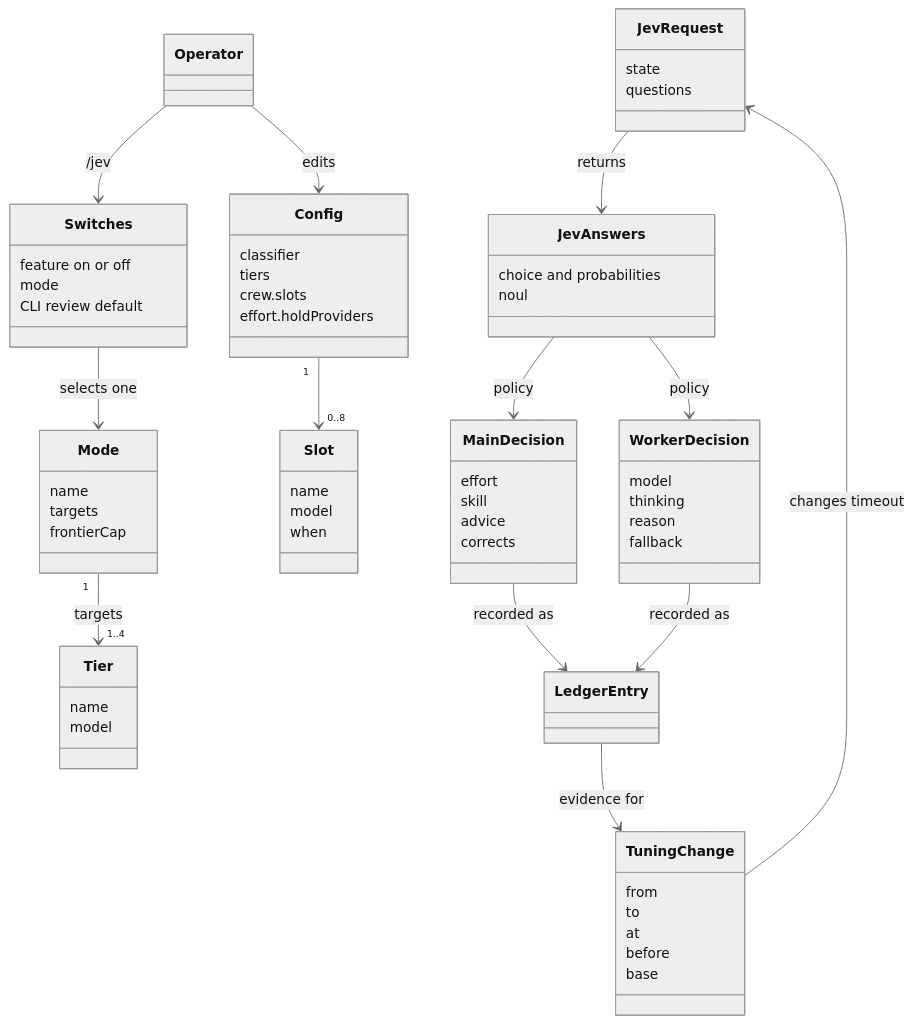
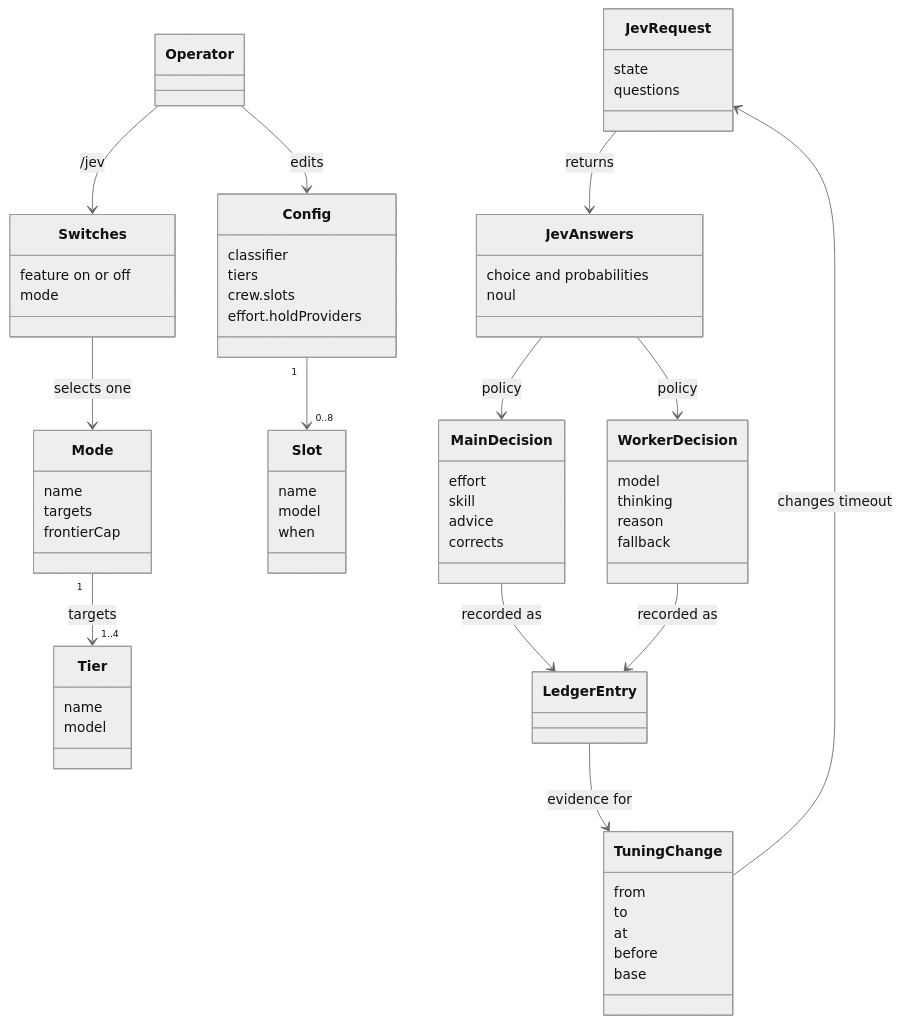
One commit to ttdua/pi-jev-pilot changed the first of 3 diagrams in docs/domain-model.md. Above: the diagram before and after it, drawn with Mermaid (neutral theme). The commit also changed 105 other files, not shown here.

First line of the commit message:
feat(cli-review)!: remove-cli-review (#101)

````diff
--- a/docs/domain-model.md
+++ b/docs/domain-model.md
@@ -5,70 +5,69 @@
 ```mermaid
 classDiagram
     class Operator
     class Config {
       classifier
       tiers
       crew.slots
       effort.holdProviders
     }
     class Switches {
       feature on or off
       mode
-      CLI review default
     }
     class Mode {
       name
       targets
       frontierCap
     }
     class Tier {
       name
       model
     }
     class Slot {
       name
       model
       when
     }
     class JevRequest {
       state
       questions
     }
     class JevAnswers {
       choice and probabilities
       noul
     }
     class MainDecision {
       effort
       skill
       advice
       corrects
     }
     class WorkerDecision {
       model
       thinking
       reason
       fallback
     }
     class LedgerEntry
     class TuningChange {
       from
       to
       at
       before
       base
     }
 
     Operator --> Config : edits
     Operator --> Switches : /jev
     Switches --> Mode : selects one
     Mode "1" --> "1..4" Tier : targets
     Config "1" --> "0..8" Slot
     JevRequest --> JevAnswers : returns
     JevAnswers --> MainDecision : policy
     JevAnswers --> WorkerDecision : policy
     MainDecision --> LedgerEntry : recorded as
     WorkerDecision --> LedgerEntry : recorded as
     LedgerEntry --> TuningChange : evidence for
     TuningChange --> JevRequest : changes timeout
 ```
````
